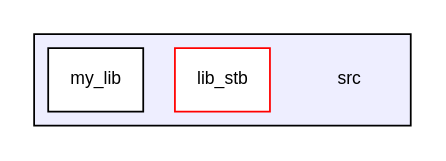
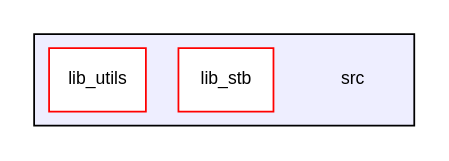
One commit to lukki15/pixelization changed the diagram in dir_68267d1309a1af8e8297ef4c3efbcdba_dep.dot. Above: the diagram before and after it, drawn with Graphviz. The commit also changed 53 other files, not shown here.

```diff
--- a/dir_68267d1309a1af8e8297ef4c3efbcdba_dep.dot
+++ b/dir_68267d1309a1af8e8297ef4c3efbcdba_dep.dot
@@ -1,11 +1,11 @@
 digraph "/home/runner/work/pixelization/pixelization/src" {
   compound=true
   node [ fontsize="10", fontname="Helvetica"];
   edge [ labelfontsize="10", labelfontname="Helvetica"];
   subgraph clusterdir_68267d1309a1af8e8297ef4c3efbcdba {
     graph [ bgcolor="#eeeeff", pencolor="black", label="" URL="dir_68267d1309a1af8e8297ef4c3efbcdba.html"];
     dir_68267d1309a1af8e8297ef4c3efbcdba [shape=plaintext label="src"];
   dir_edb6b4c7d5ba6b0ba1bcc84a8b02d522 [shape=box label="lib_stb" fillcolor="white" style="filled" color="red" URL="dir_edb6b4c7d5ba6b0ba1bcc84a8b02d522.html"];
-  dir_08ebf401352d0c333d3a643fc2ed36cf [shape=box label="my_lib" fillcolor="white" style="filled" URL="dir_08ebf401352d0c333d3a643fc2ed36cf.html"];
+  dir_c17dc64c98cba5e3a5d53b0eb213fc8d [shape=box label="lib_utils" fillcolor="white" style="filled" color="red" URL="dir_c17dc64c98cba5e3a5d53b0eb213fc8d.html"];
   }
 }
```
